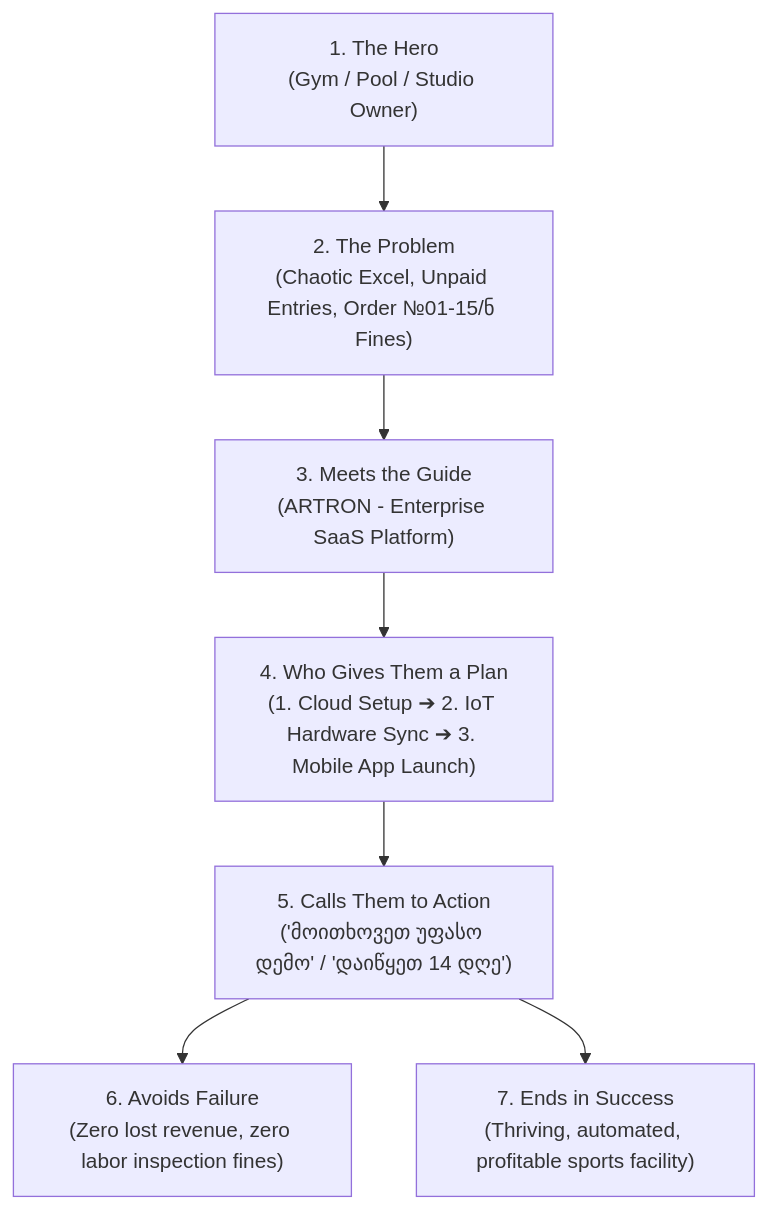
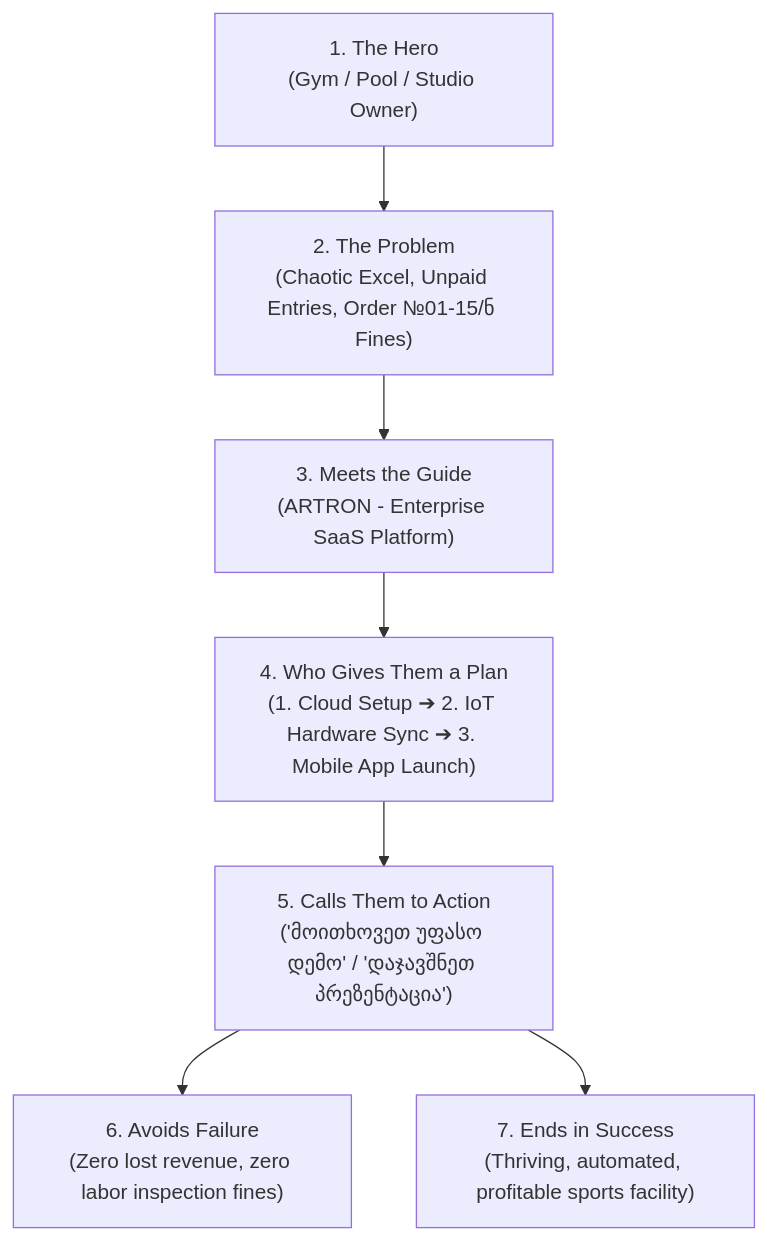
The diagram in .agents/skills/value-proposition-crafting/SKILL.md (laghuza/artron-www), drawn with Mermaid before and after one commit. The commit also changed other lines of this file and 103 other files, not shown here.

````diff
--- a/.agents/skills/value-proposition-crafting/SKILL.md
+++ b/.agents/skills/value-proposition-crafting/SKILL.md
@@ -20,9 +20,9 @@
 ```mermaid
 graph TD
     Hero["1. The Hero<br/>(Gym / Pool / Studio Owner)"] --> Problem["2. The Problem<br/>(Chaotic Excel, Unpaid Entries, Order №01-15/ნ Fines)"]
     Problem --> Guide["3. Meets the Guide<br/>(ARTRON - Enterprise SaaS Platform)"]
     Guide --> Plan["4. Who Gives Them a Plan<br/>(1. Cloud Setup ➔ 2. IoT Hardware Sync ➔ 3. Mobile App Launch)"]
-    Plan --> CTA["5. Calls Them to Action<br/>('მოითხოვეთ უფასო დემო' / 'დაიწყეთ 14 დღე')"]
+    Plan --> CTA["5. Calls Them to Action<br/>('მოითხოვეთ უფასო დემო' / 'დაჯავშნეთ პრეზენტაცია')"]
     CTA --> AvoidFail["6. Avoids Failure<br/>(Zero lost revenue, zero labor inspection fines)"]
     CTA --> Success["7. Ends in Success<br/>(Thriving, automated, profitable sports facility)"]
 ```
````
